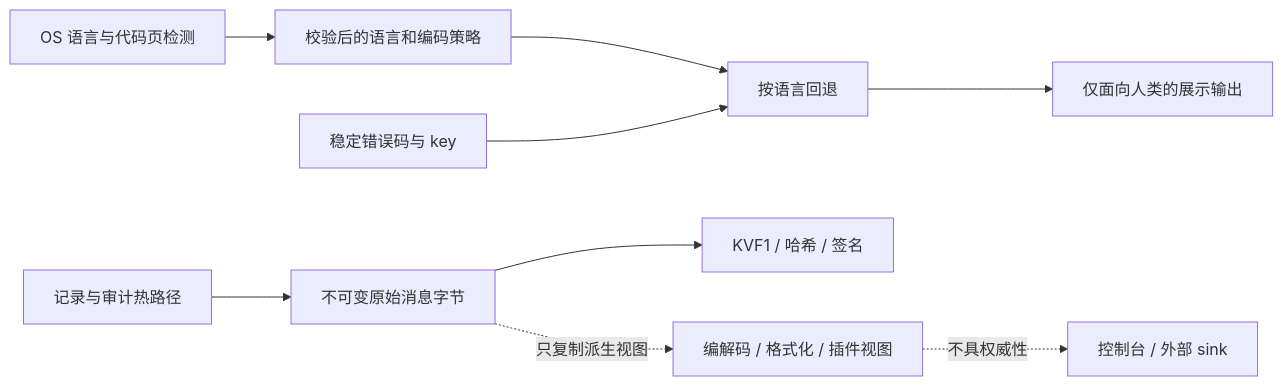
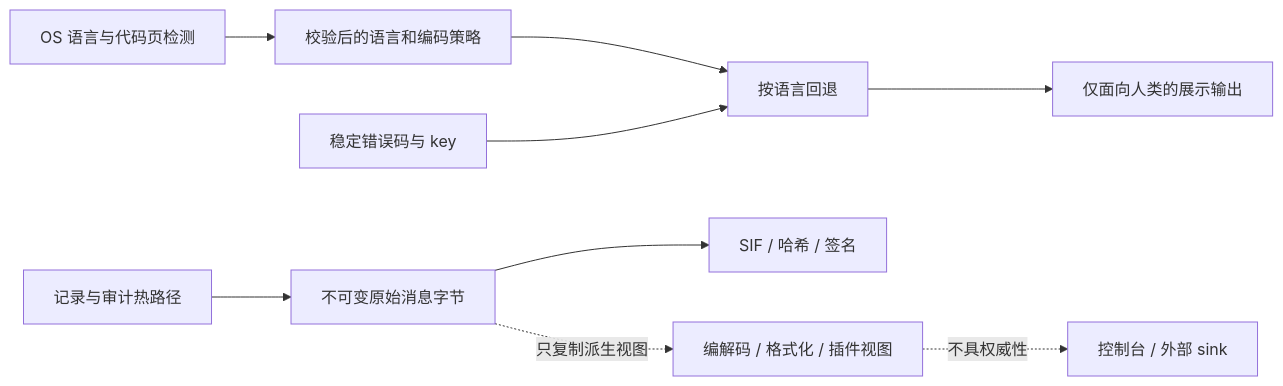
Before and after one commit to nekolio/DoLogger: the diagram in docs/zh_CN/guides/LocalizationArchitecture.md, drawn with Mermaid. The commit also changed other lines of this file and 40 other files, not shown here.

````diff
--- a/docs/zh_CN/guides/LocalizationArchitecture.md
+++ b/docs/zh_CN/guides/LocalizationArchitecture.md
@@ -18,11 +18,11 @@
 ```mermaid
 flowchart LR
     A[OS 语言与代码页检测] --> B[校验后的语言和编码策略]
     B --> C[按语言回退]
     C --> D[仅面向人类的展示输出]
     E[稳定错误码与 key] --> C
     F[记录与审计热路径] --> G[不可变原始消息字节]
-    G --> H[KVF1 / 哈希 / 签名]
+    G --> H[SIF / 哈希 / 签名]
     G -. 只复制派生视图 .-> I[编解码 / 格式化 / 插件视图]
     I -. 不具权威性 .-> J[控制台 / 外部 sink]
 ```
````
